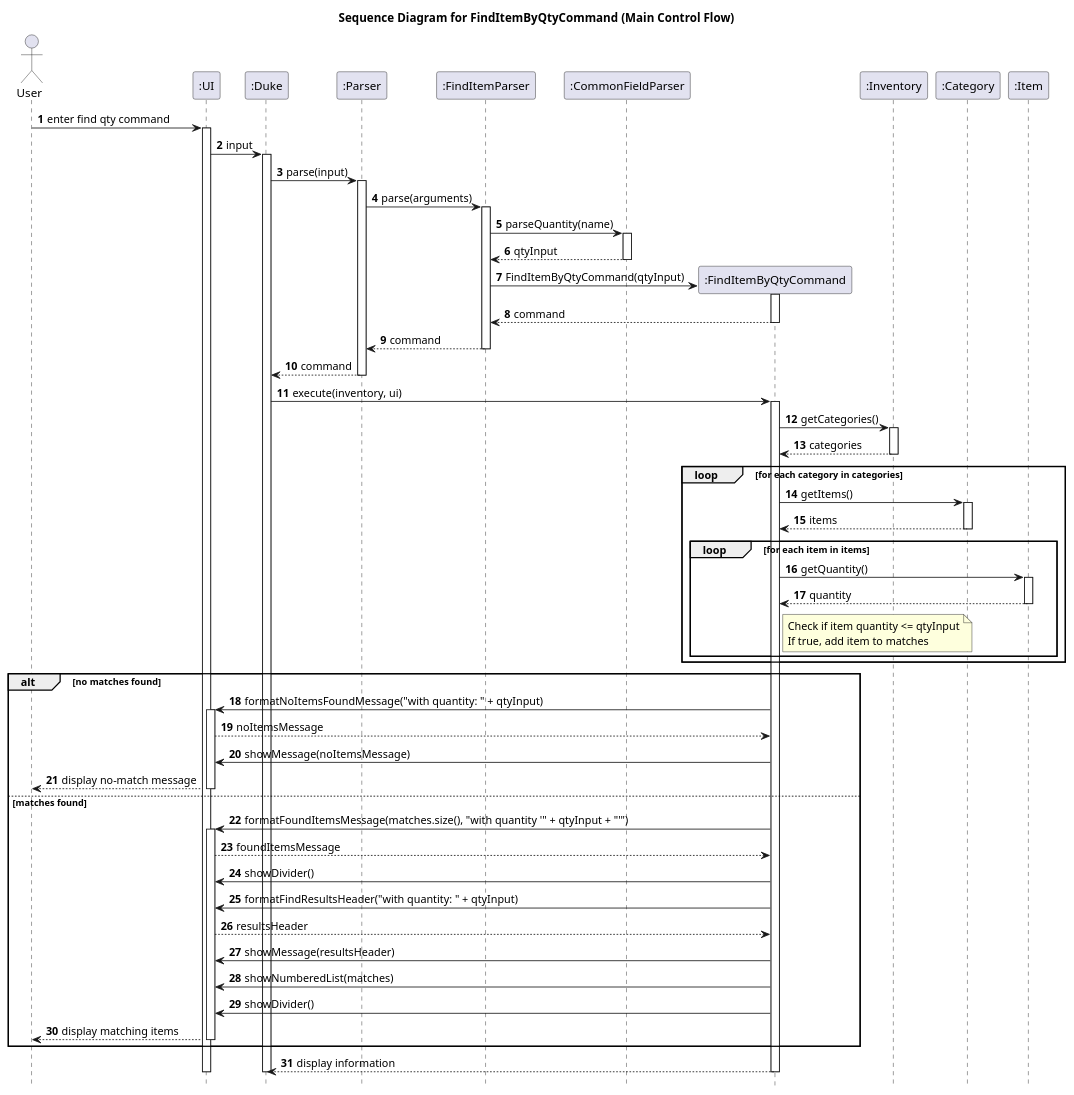
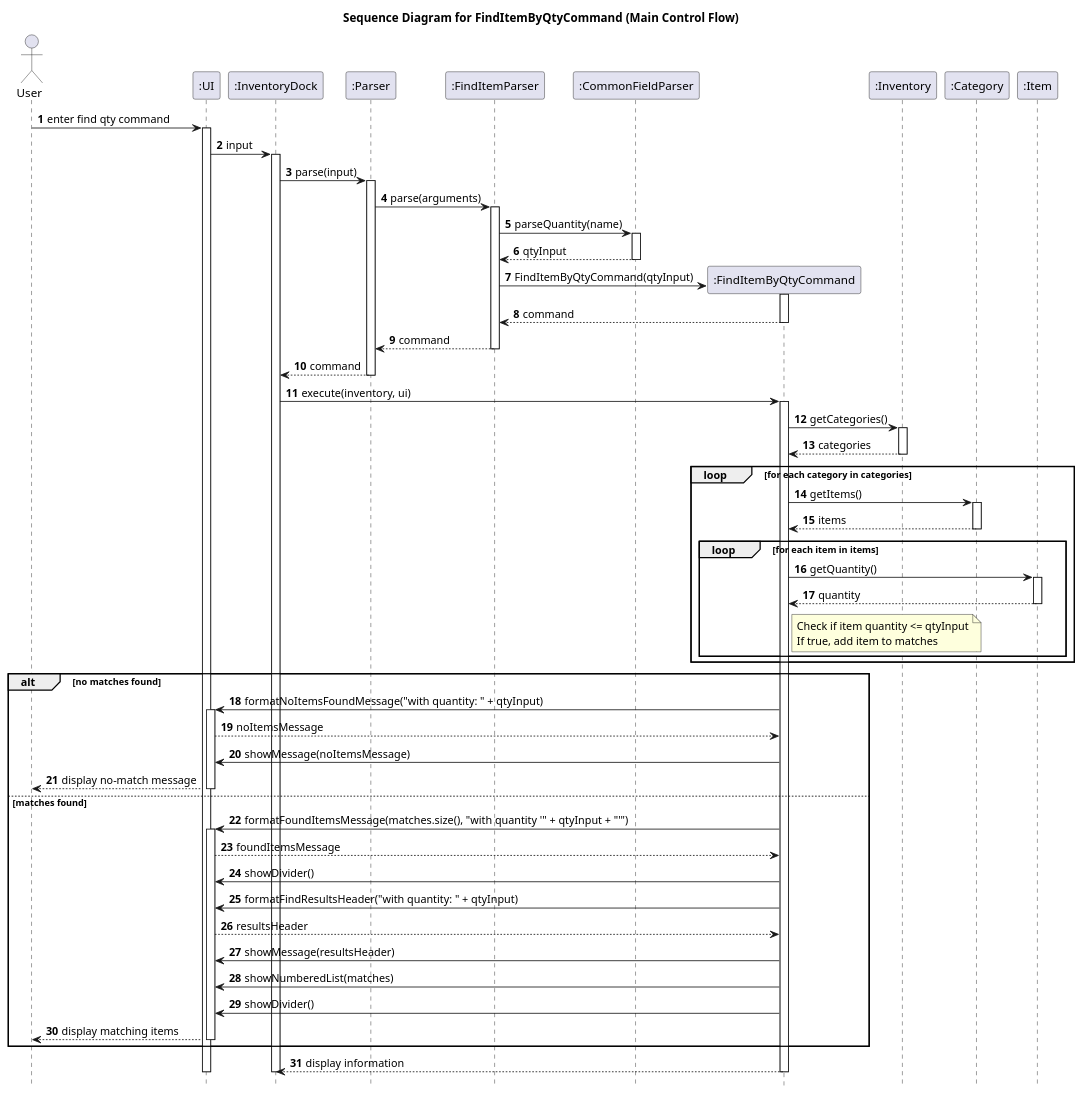
The diagram in docs/diagrams/FindItemByQtyCommand_sequence.puml (yueyang1111/tp), drawn with PlantUML before and after one commit. The commit also changed 42 other files, not shown here.

Commit message:
Update name for diagrams

```diff
--- a/docs/diagrams/FindItemByQtyCommand_sequence.puml
+++ b/docs/diagrams/FindItemByQtyCommand_sequence.puml
@@ -1,93 +1,93 @@
 @startuml
 title Sequence Diagram for FindItemByQtyCommand (Main Control Flow)
 
 autonumber
 hide footbox
 
 actor User
 participant ":UI" as UI
-participant ":Duke" as Duke
+participant ":InventoryDock" as InventoryDock
 participant ":Parser" as Parser
 participant ":FindItemParser" as FindItemParser
 participant ":CommonFieldParser" as CommonFieldParser
 participant ":FindItemByQtyCommand" as FindItemByQtyCommand
 participant ":Inventory" as Inventory
 participant ":Category" as Category
 participant ":Item" as Item
 
 User -> UI: enter find qty command
 activate UI
-UI -> Duke: input
-activate Duke
-Duke -> Parser: parse(input)
+UI -> InventoryDock: input
+activate InventoryDock
+InventoryDock -> Parser: parse(input)
 activate Parser
 
 Parser -> FindItemParser: parse(arguments)
 activate FindItemParser
 FindItemParser -> CommonFieldParser: parseQuantity(name)
 activate CommonFieldParser
 CommonFieldParser --> FindItemParser: qtyInput
 deactivate CommonFieldParser
 
 create FindItemByQtyCommand
 FindItemParser -> FindItemByQtyCommand: FindItemByQtyCommand(qtyInput)
 activate FindItemByQtyCommand
 FindItemByQtyCommand --> FindItemParser: command
 deactivate FindItemByQtyCommand
 FindItemParser --> Parser: command
 deactivate FindItemParser
-Parser --> Duke: command
+Parser --> InventoryDock: command
 deactivate Parser
 
-Duke -> FindItemByQtyCommand: execute(inventory, ui)
+InventoryDock -> FindItemByQtyCommand: execute(inventory, ui)
 activate FindItemByQtyCommand
 FindItemByQtyCommand -> Inventory: getCategories()
 activate Inventory
 Inventory --> FindItemByQtyCommand: categories
 deactivate Inventory
 
 loop for each category in categories
     FindItemByQtyCommand -> Category: getItems()
     activate Category
     Category --> FindItemByQtyCommand: items
     deactivate Category
 
     loop for each item in items
         FindItemByQtyCommand -> Item: getQuantity()
         activate Item
         Item --> FindItemByQtyCommand: quantity
         deactivate Item
 
         note right of FindItemByQtyCommand
             Check if item quantity <= qtyInput
             If true, add item to matches
         end note
     end
 end
 
 alt no matches found
     FindItemByQtyCommand -> UI: formatNoItemsFoundMessage("with quantity: " + qtyInput)
     activate UI
     UI --> FindItemByQtyCommand: noItemsMessage
     FindItemByQtyCommand -> UI: showMessage(noItemsMessage)
     UI --> User: display no-match message
     deactivate UI
 else matches found
     FindItemByQtyCommand -> UI: formatFoundItemsMessage(matches.size(), "with quantity '" + qtyInput + "'")
     activate UI
     UI --> FindItemByQtyCommand: foundItemsMessage
     FindItemByQtyCommand -> UI: showDivider()
     FindItemByQtyCommand -> UI: formatFindResultsHeader("with quantity: " + qtyInput)
     UI --> FindItemByQtyCommand: resultsHeader
     FindItemByQtyCommand -> UI: showMessage(resultsHeader)
     FindItemByQtyCommand -> UI: showNumberedList(matches)
     FindItemByQtyCommand -> UI: showDivider()
     UI --> User: display matching items
     deactivate UI
 end
 
-FindItemByQtyCommand --> Duke: display information
+FindItemByQtyCommand --> InventoryDock: display information
 deactivate FindItemByQtyCommand
-deactivate Duke
+deactivate InventoryDock
 deactivate UI
 @enduml
```
